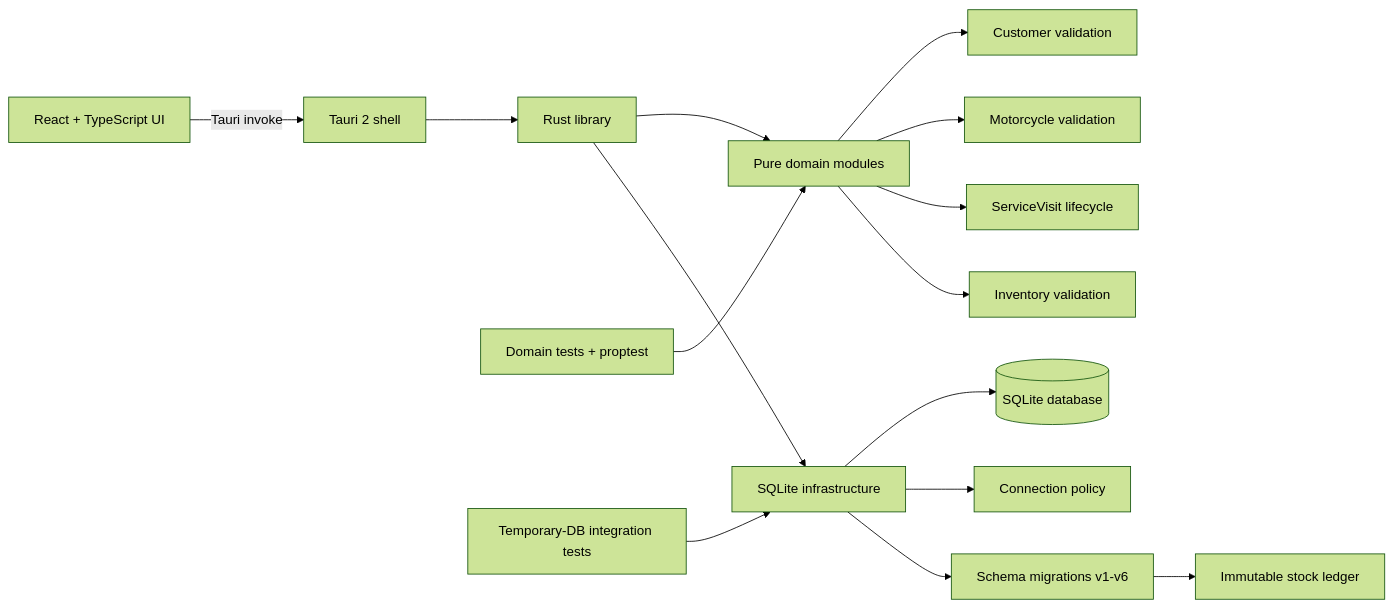
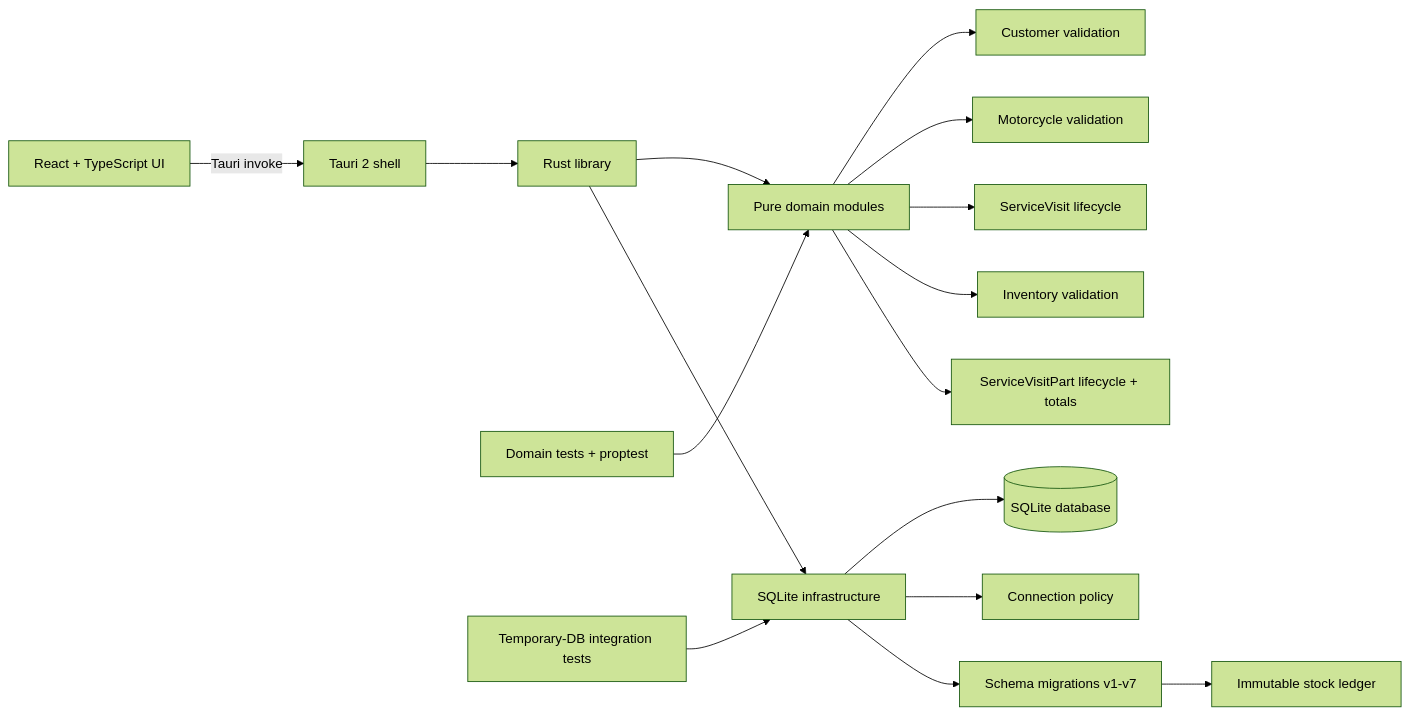
The diagram in SOFTWARE_ARCHITECTURE.md (abdfarasin/moto-workshop), drawn with Mermaid (forest theme) before and after one commit. The commit also changed other lines of this file and 13 other files, not shown here.

Commit message:
feat: integrate service visit parts with inventory ledger

````diff
--- a/SOFTWARE_ARCHITECTURE.md
+++ b/SOFTWARE_ARCHITECTURE.md
@@ -7,19 +7,20 @@
 ```mermaid
 flowchart LR
     UI[React + TypeScript UI] -->|Tauri invoke| SHELL[Tauri 2 shell]
     SHELL --> LIB[Rust library]
     LIB --> DOMAIN[Pure domain modules]
     LIB --> DB[SQLite infrastructure]
     DB --> SQLITE[(SQLite database)]
 
     DOMAIN --> CUSTOMER[Customer validation]
     DOMAIN --> MOTORCYCLE[Motorcycle validation]
     DOMAIN --> VISIT[ServiceVisit lifecycle]
     DOMAIN --> INVENTORY[Inventory validation]
+    DOMAIN --> PARTS[ServiceVisitPart lifecycle + totals]
     DB --> CONNECTION[Connection policy]
-    DB --> MIGRATIONS[Schema migrations v1-v6]
+    DB --> MIGRATIONS[Schema migrations v1-v7]
     MIGRATIONS --> LEDGER[Immutable stock ledger]
 
     DTESTS[Domain tests + proptest] --> DOMAIN
     DBTESTS[Temporary-DB integration tests] --> DB
 ```
````
